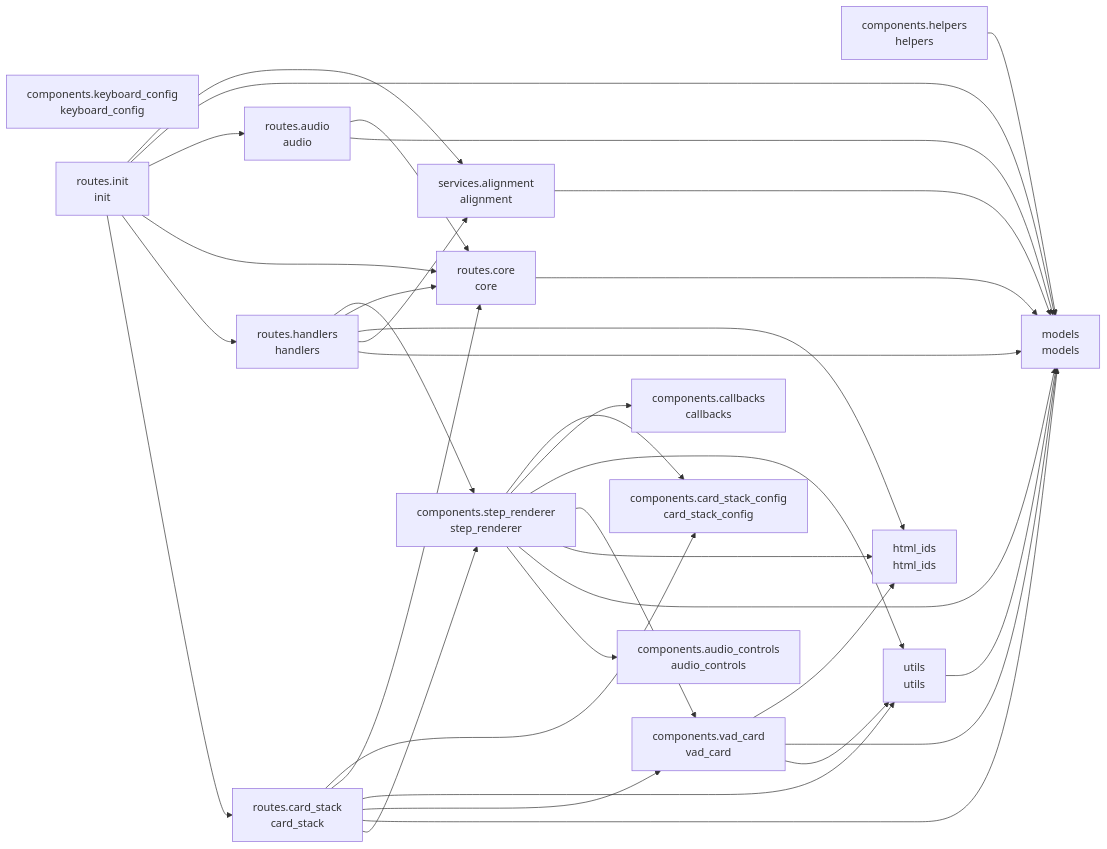
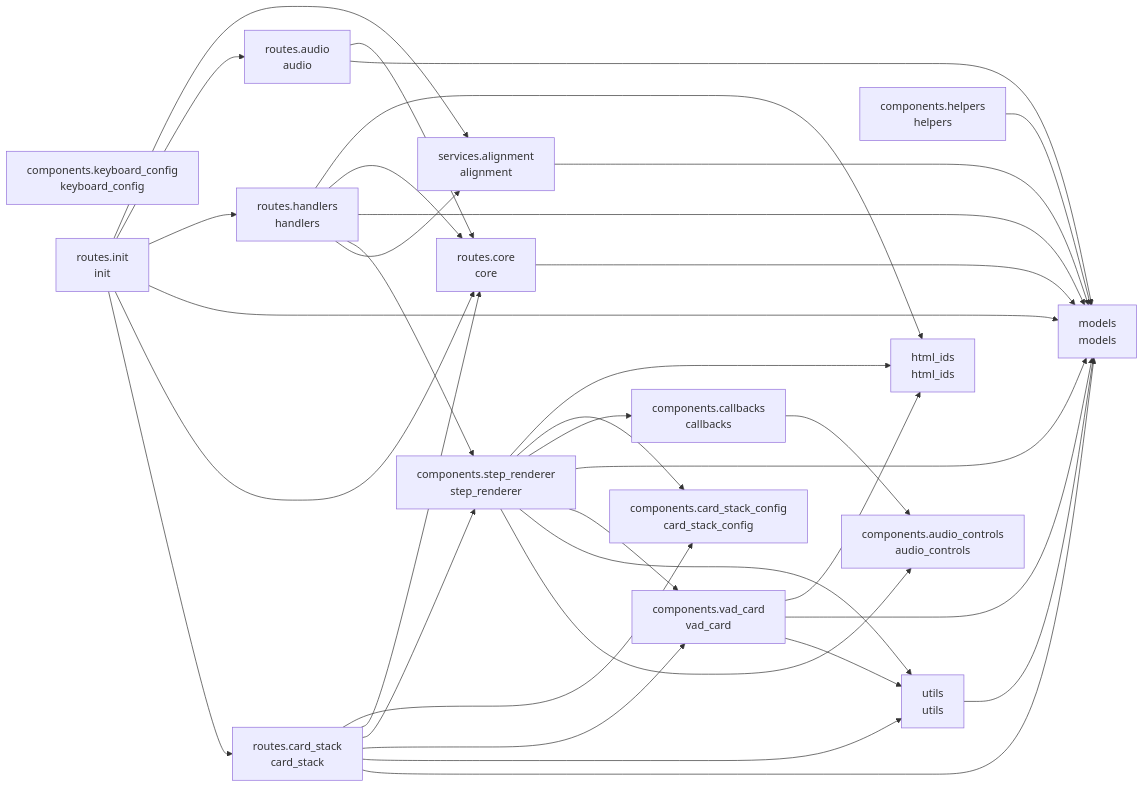
The diagram in README.md (cj-mills/cjm-transcript-vad-align), drawn with Mermaid before and after one commit. The commit also changed other lines of this file and 10 other files, not shown here.

````diff
--- a/README.md
+++ b/README.md
@@ -39,53 +39,54 @@
 ``` mermaid
 graph LR
     components_audio_controls[components.audio_controls<br/>audio_controls]
     components_callbacks[components.callbacks<br/>callbacks]
     components_card_stack_config[components.card_stack_config<br/>card_stack_config]
     components_helpers[components.helpers<br/>helpers]
     components_keyboard_config[components.keyboard_config<br/>keyboard_config]
     components_step_renderer[components.step_renderer<br/>step_renderer]
     components_vad_card[components.vad_card<br/>vad_card]
     html_ids[html_ids<br/>html_ids]
     models[models<br/>models]
     routes_audio[routes.audio<br/>audio]
     routes_card_stack[routes.card_stack<br/>card_stack]
     routes_core[routes.core<br/>core]
     routes_handlers[routes.handlers<br/>handlers]
     routes_init[routes.init<br/>init]
     services_alignment[services.alignment<br/>alignment]
     utils[utils<br/>utils]
 
+    components_callbacks --> components_audio_controls
     components_helpers --> models
+    components_step_renderer --> html_ids
     components_step_renderer --> components_card_stack_config
     components_step_renderer --> components_callbacks
+    components_step_renderer --> models
+    components_step_renderer --> components_vad_card
     components_step_renderer --> utils
-    components_step_renderer --> components_vad_card
-    components_step_renderer --> html_ids
-    components_step_renderer --> models
     components_step_renderer --> components_audio_controls
     components_vad_card --> html_ids
     components_vad_card --> models
     components_vad_card --> utils
     routes_audio --> routes_core
     routes_audio --> models
     routes_card_stack --> components_card_stack_config
     routes_card_stack --> routes_core
+    routes_card_stack --> components_step_renderer
+    routes_card_stack --> components_vad_card
     routes_card_stack --> utils
-    routes_card_stack --> components_vad_card
     routes_card_stack --> models
-    routes_card_stack --> components_step_renderer
     routes_core --> models
+    routes_handlers --> html_ids
+    routes_handlers --> routes_core
+    routes_handlers --> models
     routes_handlers --> components_step_renderer
-    routes_handlers --> routes_core
-    routes_handlers --> html_ids
     routes_handlers --> services_alignment
-    routes_handlers --> models
     routes_init --> services_alignment
+    routes_init --> routes_audio
+    routes_init --> routes_handlers
     routes_init --> models
-    routes_init --> routes_audio
     routes_init --> routes_core
-    routes_init --> routes_handlers
     routes_init --> routes_card_stack
     services_alignment --> models
     utils --> models
 ```
````
